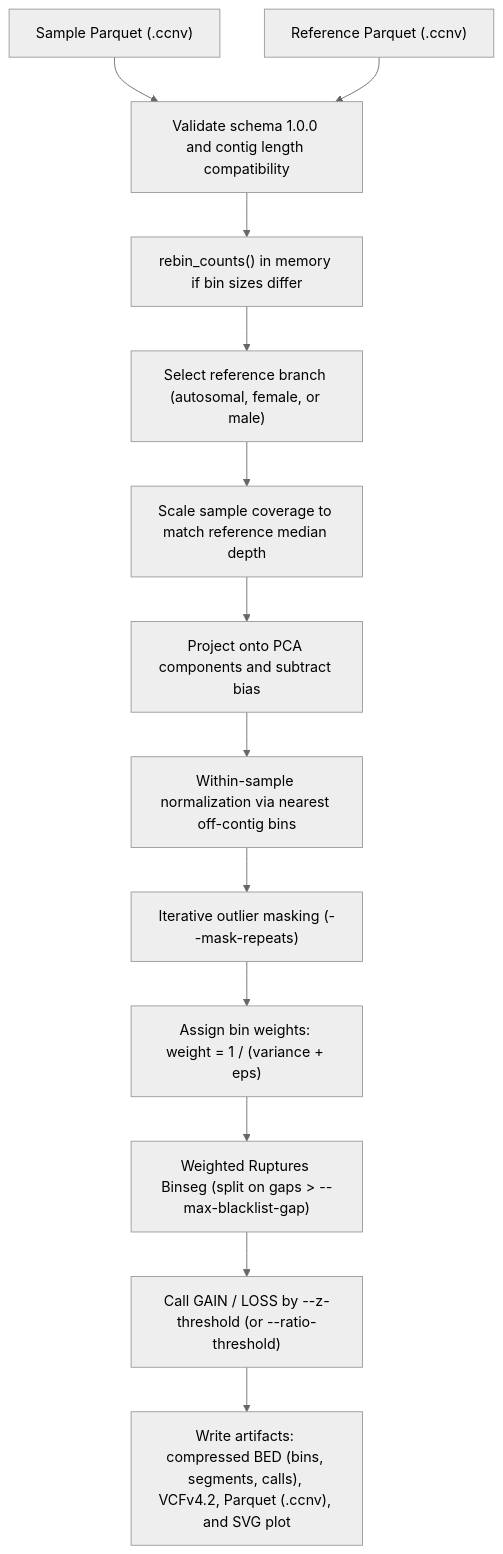
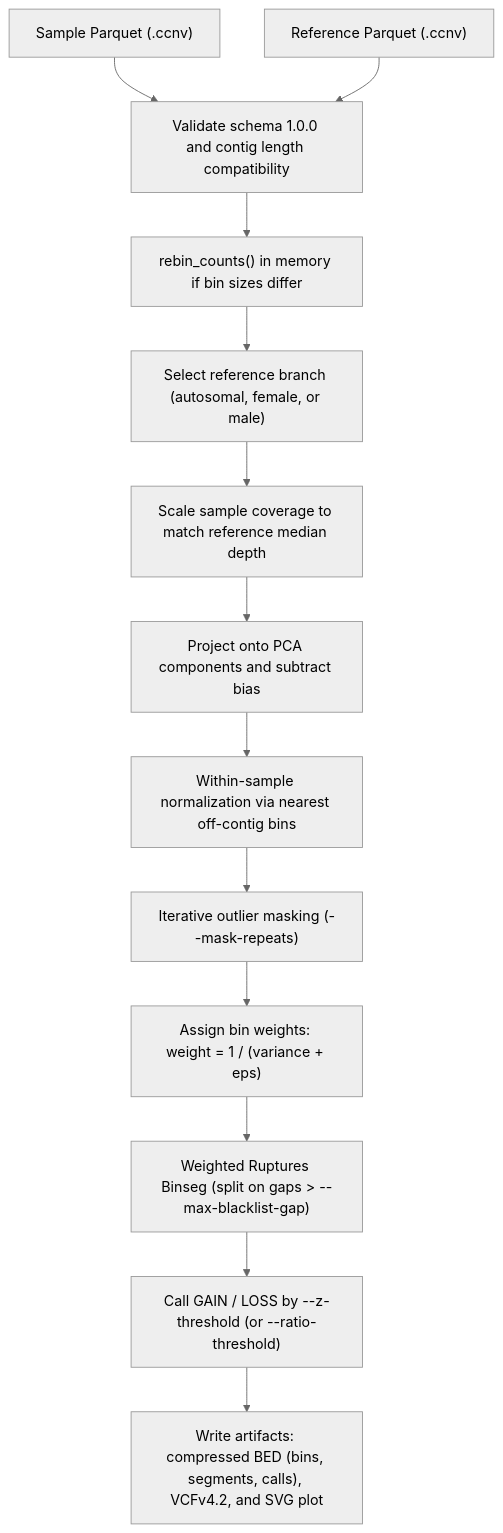
The fifth of 5 diagrams in docs/pipeline.md (matthdsm/ccnv), drawn with Mermaid (neutral theme) before and after one commit. The commit also changed other lines of this file and 11 other files, not shown here.

````diff
--- a/docs/pipeline.md
+++ b/docs/pipeline.md
@@ -113,15 +113,15 @@
 ```mermaid
 flowchart TD
     InSample["Sample Parquet (<sample>.ccnv)"] --> LoadCompat["Validate schema 1.0.0 and contig length compatibility"]
     InRef["Reference Parquet (<reference>.ccnv)"] --> LoadCompat
     LoadCompat --> RebinCheck["rebin_counts() in memory if bin sizes differ"]
     RebinCheck --> BranchSelect["Select reference branch (autosomal, female, or male)"]
     BranchSelect --> DepthScale["Scale sample coverage to match reference median depth"]
     DepthScale --> ProjectPCA["Project onto PCA components and subtract bias"]
     ProjectPCA --> MatchNearest["Within-sample normalization via nearest off-contig bins"]
     MatchNearest --> IterativeMask["Iterative outlier masking (--mask-repeats)"]
     IterativeMask --> BinWeights["Assign bin weights: weight = 1 / (variance + eps)"]
     BinWeights --> SegEngine["Weighted Ruptures Binseg (split on gaps > --max-blacklist-gap)"]
     SegEngine --> CallingCriteria["Call GAIN / LOSS by --z-threshold (or --ratio-threshold)"]
-    CallingCriteria --> OutputArtifacts["Write artifacts: compressed BED (bins, segments, calls), VCFv4.2, Parquet (.ccnv), and SVG plot"]
+    CallingCriteria --> OutputArtifacts["Write artifacts: compressed BED (bins, segments, calls), VCFv4.2, and SVG plot"]
 ```
````
